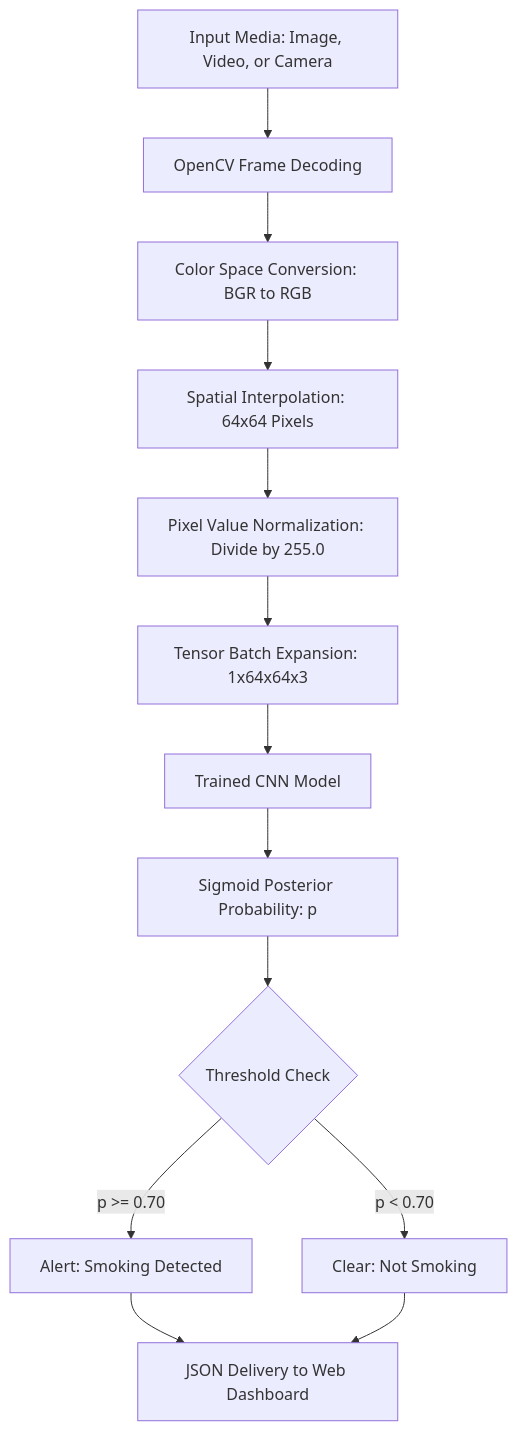
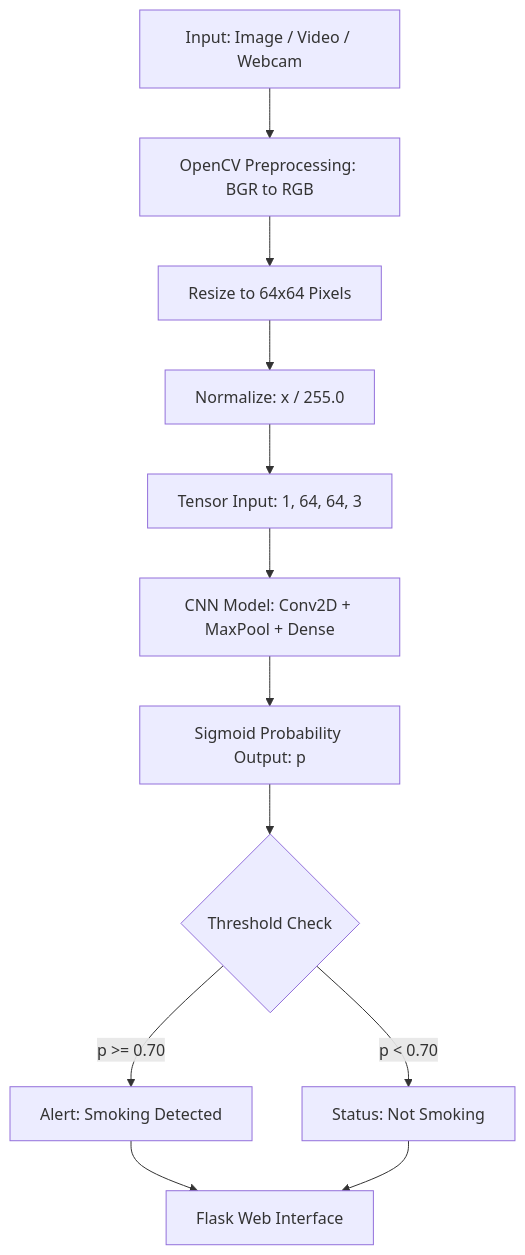
The diagram in README.md (AsifQamar/Smoking-detection-using-machine-learning), drawn with Mermaid before and after one commit. The commit also changed other lines of this file, not shown here.

````diff
--- a/README.md
+++ b/README.md
@@ -52,15 +18,14 @@
 ```mermaid
 flowchart TD
-    A[Input Media: Image, Video, or Camera] --> B[OpenCV Frame Decoding]
-    B --> C[Color Space Conversion: BGR to RGB]
-    C --> D[Spatial Interpolation: 64x64 Pixels]
-    D --> E[Pixel Value Normalization: Divide by 255.0]
-    E --> F[Tensor Batch Expansion: 1x64x64x3]
-    F --> G[Trained CNN Model]
-    G --> H[Sigmoid Posterior Probability: p]
-    H --> I{Threshold Check}
-    I -->|p >= 0.70| J[Alert: Smoking Detected]
-    I -->|p < 0.70| K[Clear: Not Smoking]
-    J --> L[JSON Delivery to Web Dashboard]
-    K --> L[JSON Delivery to Web Dashboard]
+    A[Input: Image / Video / Webcam] --> B[OpenCV Preprocessing: BGR to RGB]
+    B --> C[Resize to 64x64 Pixels]
+    C --> D[Normalize: x / 255.0]
+    D --> E[Tensor Input: 1, 64, 64, 3]
+    E --> F[CNN Model: Conv2D + MaxPool + Dense]
+    F --> G[Sigmoid Probability Output: p]
+    G --> H{Threshold Check}
+    H -->|p >= 0.70| I[Alert: Smoking Detected]
+    H -->|p < 0.70| J[Status: Not Smoking]
+    I --> K[Flask Web Interface]
+    J --> K[Flask Web Interface]
 ```
````
